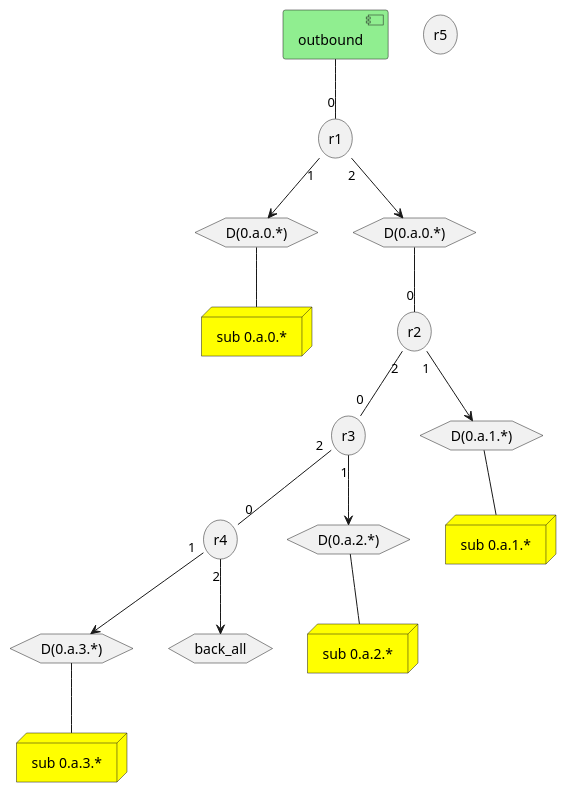
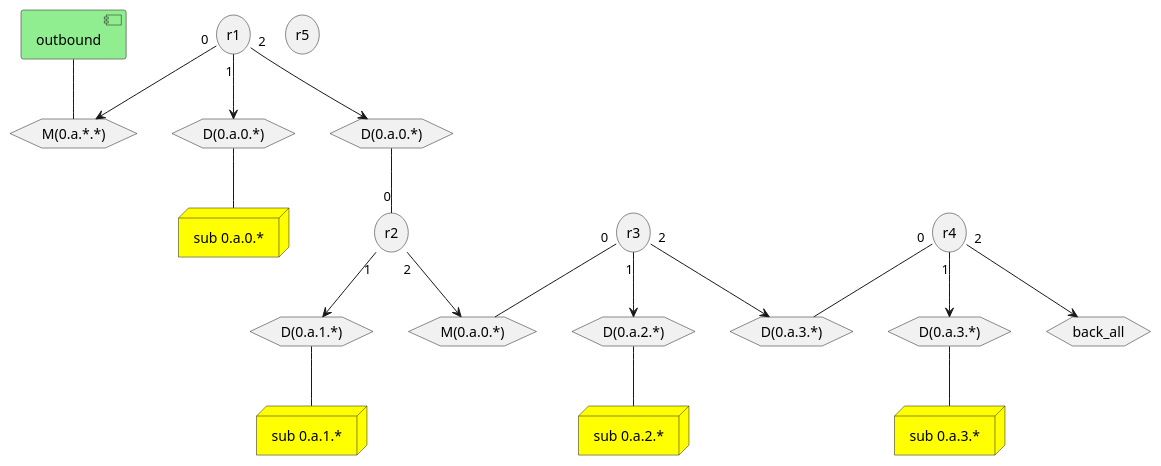
Before and after one commit to ogawa-atali/network: the diagram in subnet-0axx.pu, drawn with PlantUML.

Commit message:
full backtrack

```diff
--- a/subnet-0axx.pu
+++ b/subnet-0axx.pu
@@ -1,45 +1,52 @@
 @startuml subnet-0axx
 
 component outbound #LightGreen
 
 node "sub 0.a.0.*" as sub_0a0x #Yellow
 node "sub 0.a.1.*" as sub_0a1x #Yellow
 node "sub 0.a.2.*" as sub_0a2x #Yellow
 node "sub 0.a.3.*" as sub_0a3x #Yellow
 
 storage r1
 storage r2
 storage r3
 storage r4
 storage r5
 
 hexagon "D(0.a.0.*)" as D_0a0x
 hexagon "D(0.a.1.*)" as D_0a1x
 hexagon "D(0.a.2.*)" as D_0a2x
 hexagon "D(0.a.3.*)" as D_0a3x
 
 hexagon back_all
 
 hexagon "D(0.a.0.*)" as D_0a0x_2
+hexagon "M(0.a.0.*)" as M_0a0x
+hexagon "M(0.a.*.*)" as M_0axx
+hexagon "D(0.a.3.*)" as D_0a3x_2
 
-outbound -- "0" r1
+outbound -- M_0axx
 
+
+r1 "0" --> M_0axx
 r1 "1" --> D_0a0x
 r1 "2" --> D_0a0x_2
 
 D_0a0x_2 -- "0" r2
 r2 "1" --> D_0a1x
-r2 "2" -- "0" r3
+r2 "2" --> M_0a0x
 
+r3 "0" -- M_0a0x
 r3 "1" --> D_0a2x
-r3 "2" -- "0" r4
+r3 "2" --> D_0a3x_2
 
+r4 "0" -- D_0a3x_2
 r4 "1" --> D_0a3x
 r4 "2" --> back_all
 
 D_0a0x -- sub_0a0x
 D_0a1x -- sub_0a1x
 D_0a2x -- sub_0a2x
 D_0a3x -- sub_0a3x
 
 @enduml
```
